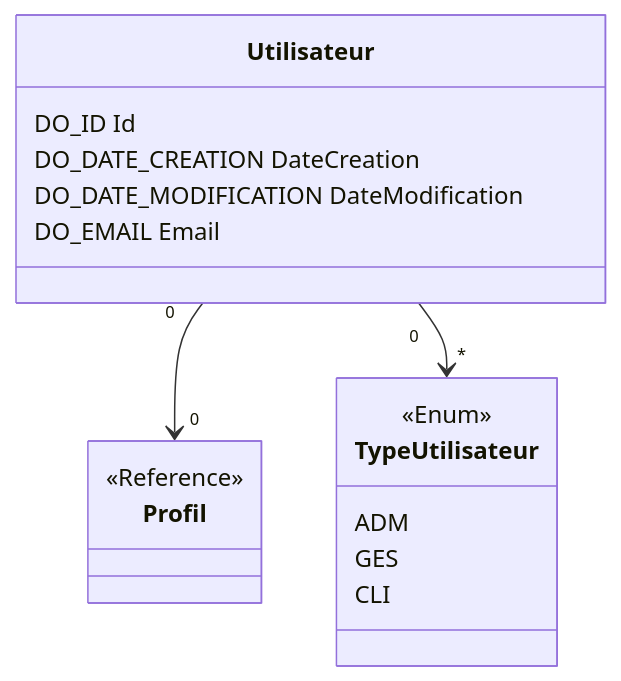
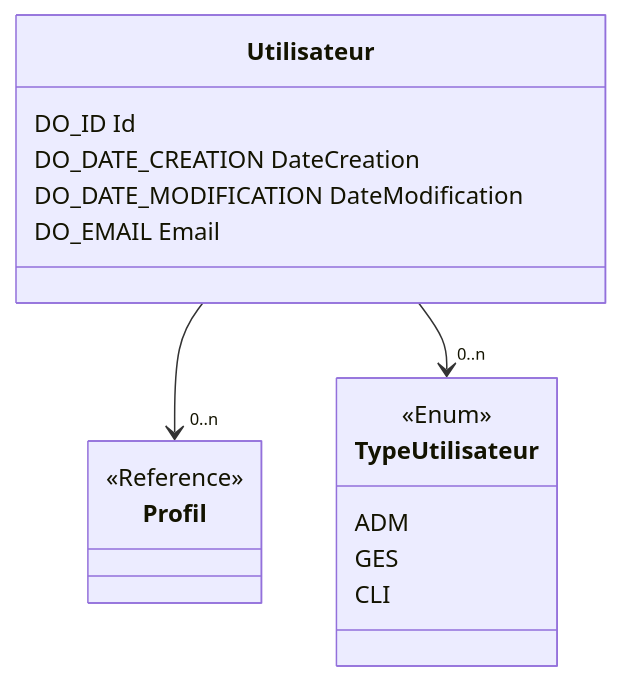
One commit to klee-contrib/topmodel changed the diagram in docs/exemple/markdown/Utilisateur.md. Above: the diagram before and after it, drawn with Mermaid. The commit also changed other lines of this file and 3 other files, not shown here.

````diff
--- a/docs/exemple/markdown/Utilisateur.md
+++ b/docs/exemple/markdown/Utilisateur.md
@@ -6,28 +6,28 @@
 ```mermaid
 classDiagram
 
 %% Utilisateur de l'application
 class Utilisateur{
  DO_ID Id
  DO_DATE_CREATION DateCreation
  DO_DATE_MODIFICATION DateModification
  DO_EMAIL Email
 }
-Utilisateur "0" --> "0" Profil
-Utilisateur "0" --> "*" TypeUtilisateur
+Utilisateur --> "0..n" Profil
+Utilisateur --> "0..n" TypeUtilisateur
 
 %% Type d'utilisateur
 class TypeUtilisateur{
 <<Enum>>
 ADM
 GES
 CLI
 }
 
 %% Profil des utilisateurs
 class Profil{
 <<Reference>>
 }
 
 click Profil href "./Securite.md" "To Securite module"
 ```
````
